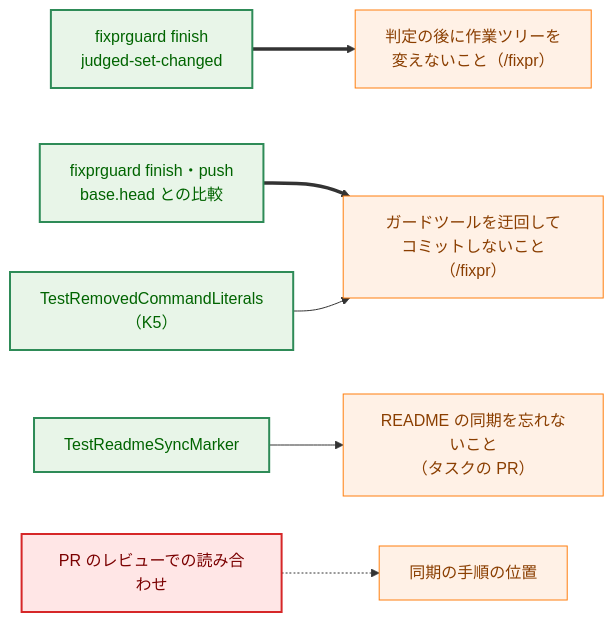
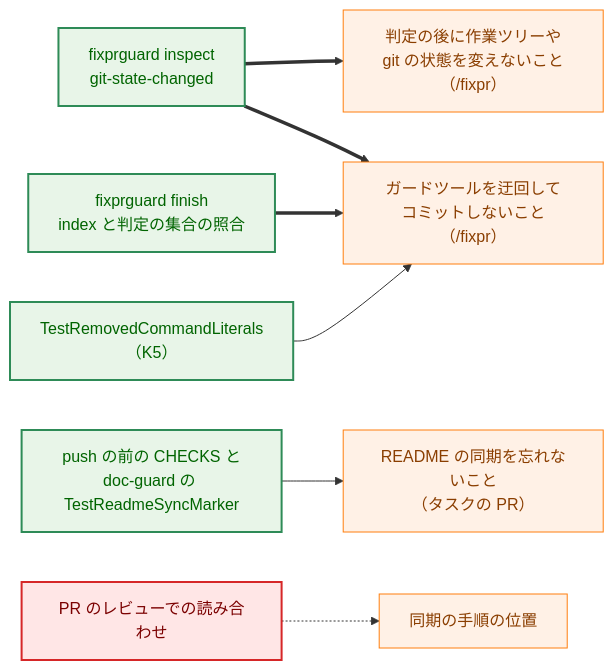
Before and after one commit to isseis/yt2column: the seventh of 10 diagrams in docs/tasks/0052_doc_test_pruning/02_architecture.md, drawn with Mermaid. The commit also changed other lines of this file, not shown here.

````diff
--- a/docs/tasks/0052_doc_test_pruning/02_architecture.md
+++ b/docs/tasks/0052_doc_test_pruning/02_architecture.md
@@ -625,27 +637,28 @@
 ```mermaid
 flowchart LR
     classDef process fill:#fff1e6,stroke:#ff7f0e,stroke-width:1px,color:#8a3e00;
     classDef enhanced fill:#e8f5e8,stroke:#2e8b57,stroke-width:2px,color:#006400;
     classDef problem fill:#ffe6e6,stroke:#d62728,stroke-width:2px,color:#7b0000;
 
-    P1["判定の後に作業ツリーを<br>変えないこと（/fixpr）"]
+    P1["判定の後に作業ツリーや<br>git の状態を変えないこと（/fixpr）"]
     P2["ガードツールを迂回して<br>コミットしないこと（/fixpr）"]
     P3["README の同期を忘れないこと<br>（タスクの PR）"]
     P4["同期の手順の位置"]
 
-    FG1["fixprguard finish<br>judged-set-changed"]
-    FG2["fixprguard finish・push<br>base.head との比較"]
+    FG1["fixprguard inspect<br>git-state-changed"]
+    FG2["fixprguard finish<br>index と判定の集合の照合"]
     K5["TestRemovedCommandLiterals<br>（K5）"]
-    SM["TestReadmeSyncMarker"]
+    CHK["push の前の CHECKS と<br>doc-guard の TestReadmeSyncMarker"]
     RV["PR のレビューでの読み合わせ"]
 
     FG1 ==> P1
+    FG1 ==> P2
     FG2 ==> P2
     K5 --> P2
-    SM --> P3
+    CHK --> P3
     RV -.-> P4
 
     class P1,P2,P3,P4 process
-    class FG1,FG2,K5,SM enhanced
+    class FG1,FG2,K5,CHK enhanced
     class RV problem
 ```
````
